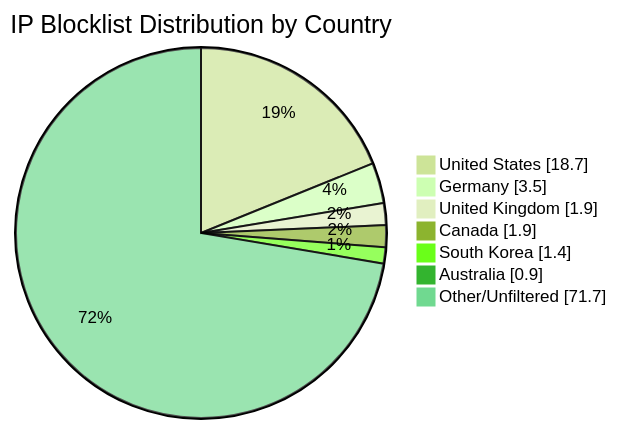
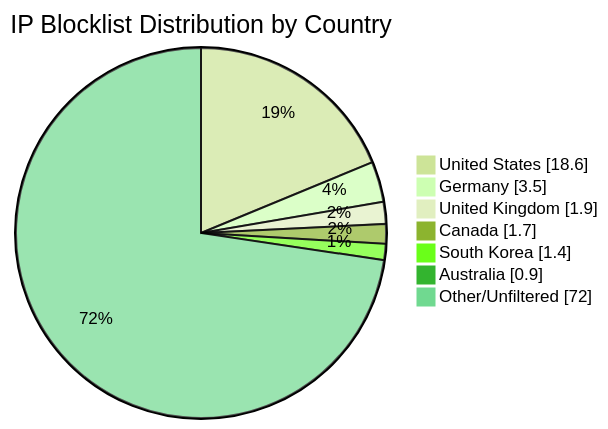
One commit to MarcusHoltz/ipblocklist-geofiltered-aggregator changed the diagram in README.md. Above: the diagram before and after it, drawn with Mermaid (forest theme). The commit also changed other lines of this file and 9 other files, not shown here.

````diff
--- a/README.md
+++ b/README.md
@@ -34,10 +34,10 @@
 ```mermaid
 pie showData title IP Blocklist Distribution by Country
-"United States" : 18.7
+"United States" : 18.6
 "Germany" : 3.5
 "United Kingdom" : 1.9
-"Canada" : 1.9
+"Canada" : 1.7
 "South Korea" : 1.4
 "Australia" : 0.9
-"Other/Unfiltered" : 71.7
+"Other/Unfiltered" : 72.0
 ```
````
